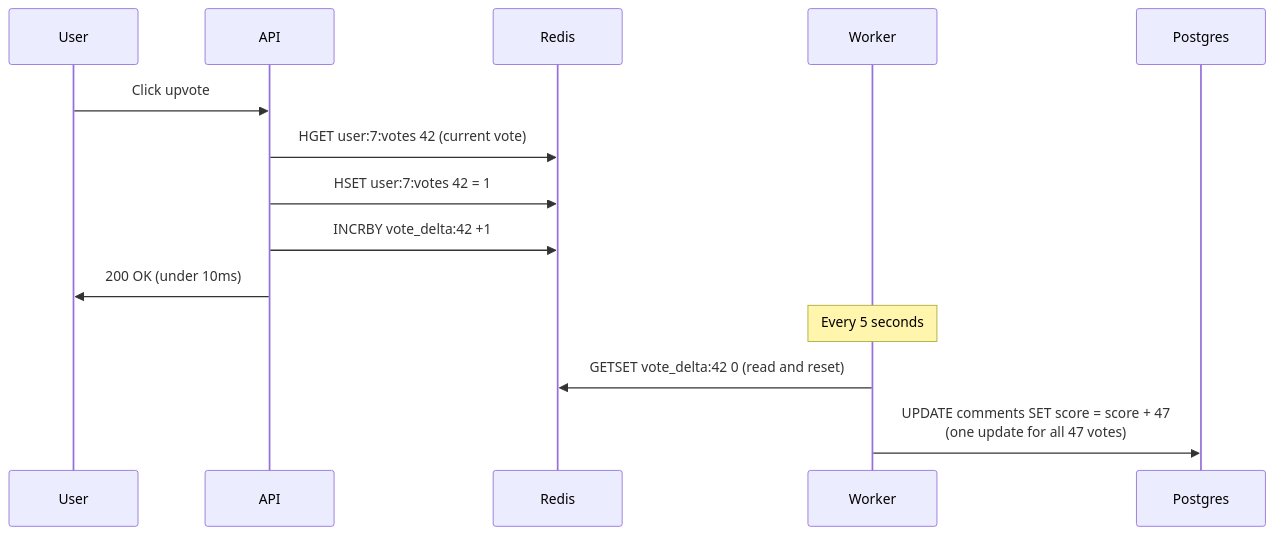
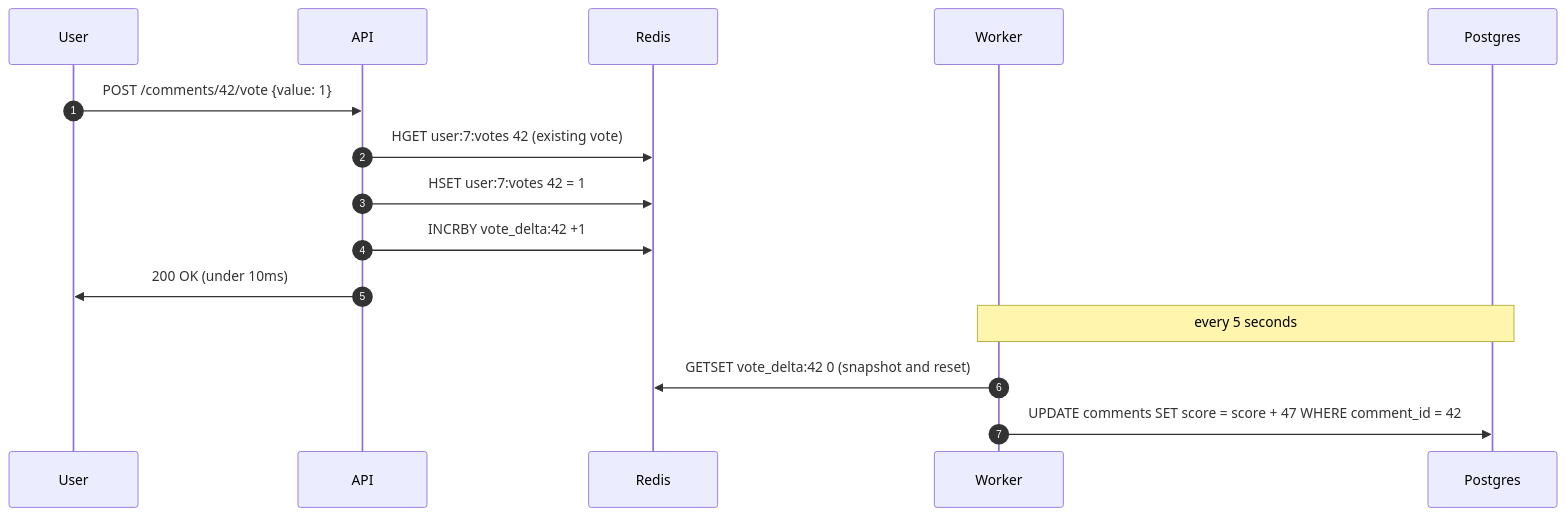
One commit to shiningflash/shiningflash.github.io changed the tenth of 16 diagrams in _practice/system-design/015-comment-system.md. Above: the diagram before and after it, drawn with Mermaid. The commit also changed other lines of this file and 19 other files, not shown here.

````diff
--- a/_practice/system-design/015-comment-system.md
+++ b/_practice/system-design/015-comment-system.md
@@ -334,18 +448,19 @@
 ```mermaid
 sequenceDiagram
+    autonumber
     participant User
     participant API
     participant Redis
     participant Worker
-    participant Postgres
+    participant DB as Postgres
 
-    User->>API: Click upvote
-    API->>Redis: HGET user:7:votes 42 (current vote)
+    User->>API: POST /comments/42/vote {value: 1}
+    API->>Redis: HGET user:7:votes 42 (existing vote)
     API->>Redis: HSET user:7:votes 42 = 1
     API->>Redis: INCRBY vote_delta:42 +1
     API->>User: 200 OK (under 10ms)
 
-    Note over Worker: Every 5 seconds
-    Worker->>Redis: GETSET vote_delta:42 0 (read and reset)
-    Worker->>Postgres: UPDATE comments SET score = score + 47<br/>(one update for all 47 votes)
+    Note over Worker,DB: every 5 seconds
+    Worker->>Redis: GETSET vote_delta:42 0 (snapshot and reset)
+    Worker->>DB: UPDATE comments SET score = score + 47 WHERE comment_id = 42
 ```
````
